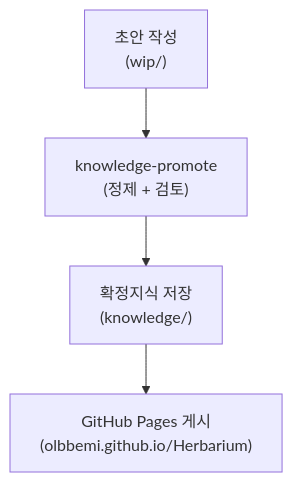
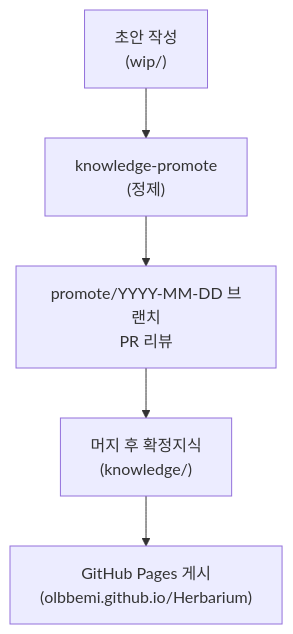
Before and after one commit to Olbbemi/Herbarium: the diagram in README.md, drawn with Mermaid. The commit also changed other lines of this file, not shown here.

````diff
--- a/README.md
+++ b/README.md
@@ -33,6 +33,7 @@
 ```mermaid
 flowchart TD
-    A["초안 작성<br/>(wip/)"] --> B["knowledge-promote<br/>(정제 + 검토)"]
-    B --> C["확정지식 저장<br/>(knowledge/)"]
-    C --> D["GitHub Pages 게시<br/>(olbbemi.github.io/Herbarium)"]
+    A["초안 작성<br/>(wip/)"] --> B["knowledge-promote<br/>(정제)"]
+    B --> C["promote/YYYY-MM-DD 브랜치<br/>PR 리뷰"]
+    C --> D["머지 후 확정지식<br/>(knowledge/)"]
+    D --> E["GitHub Pages 게시<br/>(olbbemi.github.io/Herbarium)"]
 ```
````
